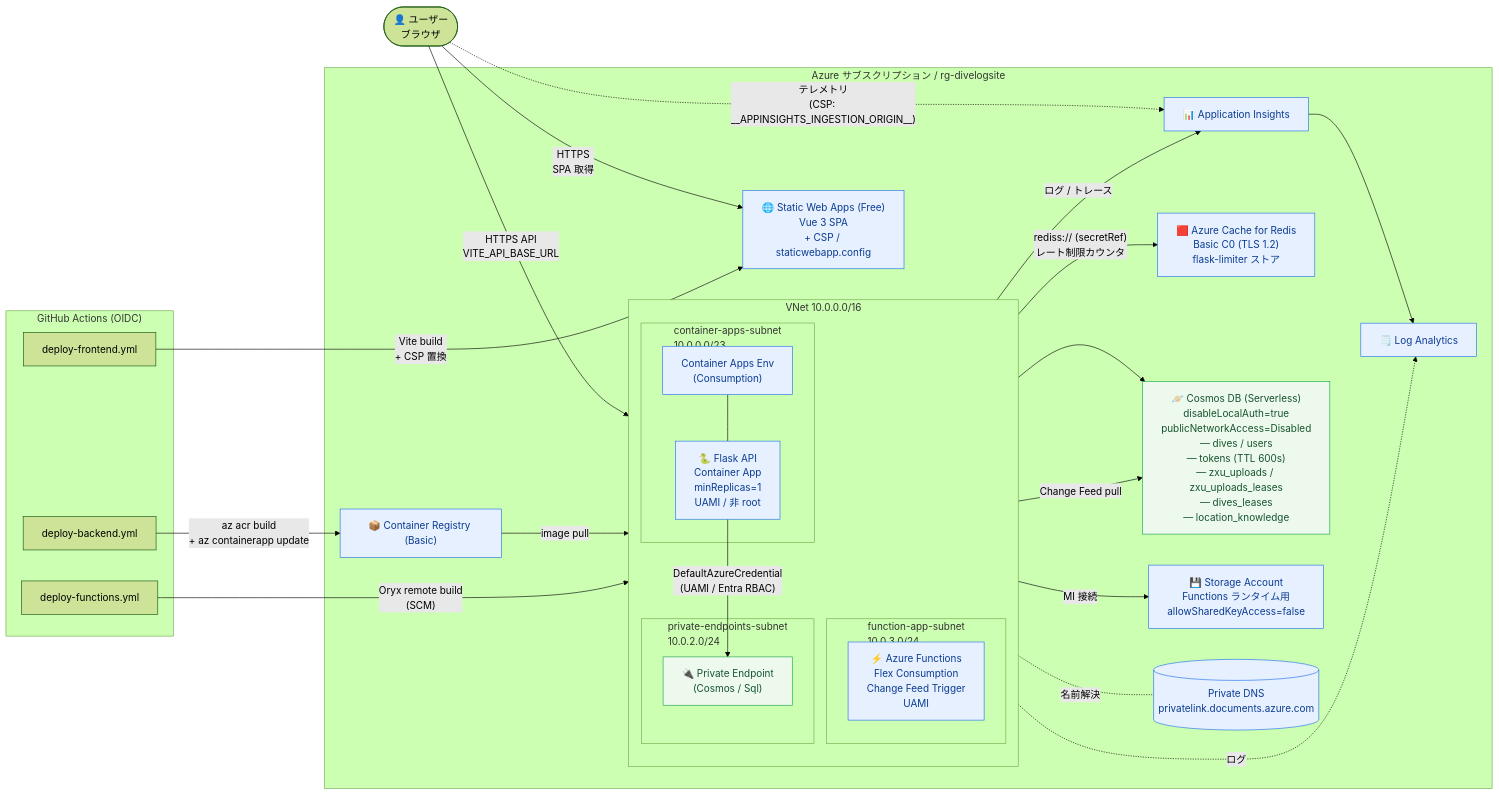
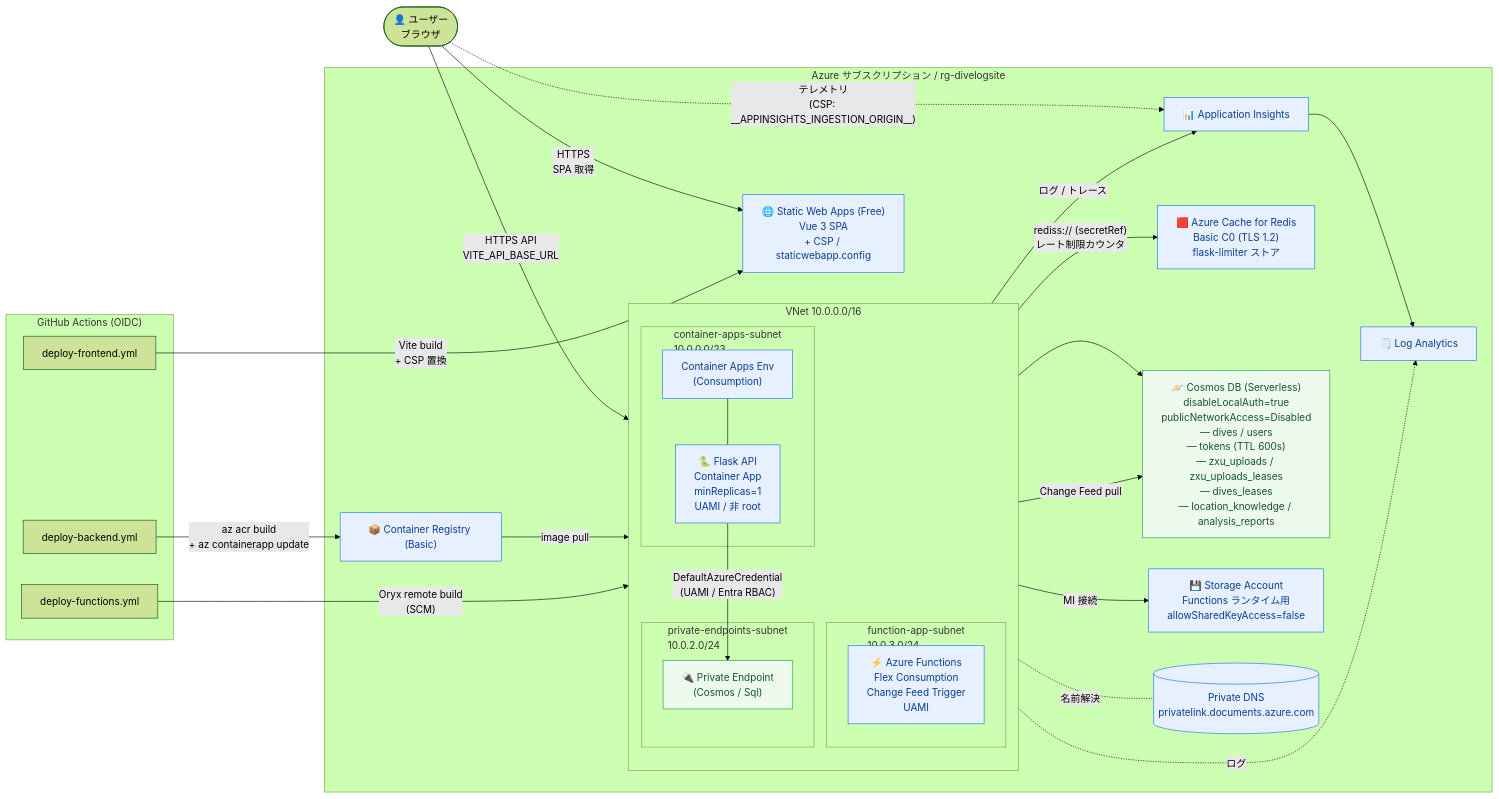
One commit to mahya8585/divelog changed the first of 4 diagrams in docs/architecture.md. Above: the diagram before and after it, drawn with Mermaid (forest theme). The commit also changed other lines of this file and 16 other files, not shown here.

````diff
--- a/docs/architecture.md
+++ b/docs/architecture.md
@@ -7,65 +7,65 @@
 ```mermaid
 flowchart LR
     User([👤 ユーザー<br/>ブラウザ])
 
     subgraph GHA["GitHub Actions (OIDC)"]
         WF_FE[deploy-frontend.yml]
         WF_BE[deploy-backend.yml]
         WF_FN[deploy-functions.yml]
     end
 
     subgraph Azure["Azure サブスクリプション / rg-divelogsite"]
         SWA["🌐 Static Web Apps (Free)<br/>Vue 3 SPA<br/>+ CSP / staticwebapp.config"]
         ACR["📦 Container Registry (Basic)"]
         AI["📊 Application Insights"]
         LAW["🗒️ Log Analytics"]
 
         subgraph VNET["VNet 10.0.0.0/16"]
             direction TB
             subgraph SUB_CA["container-apps-subnet<br/>10.0.0.0/23"]
                 CAE["Container Apps Env<br/>(Consumption)"]
                 CA["🐍 Flask API<br/>Container App<br/>minReplicas=1<br/>UAMI / 非 root"]
                 CAE --- CA
             end
             subgraph SUB_FN["function-app-subnet<br/>10.0.3.0/24"]
                 FN["⚡ Azure Functions<br/>Flex Consumption<br/>Change Feed Trigger<br/>UAMI"]
             end
             subgraph SUB_PE["private-endpoints-subnet<br/>10.0.2.0/24"]
                 PE_COS["🔌 Private Endpoint<br/>(Cosmos / Sql)"]
             end
         end
 
         REDIS["🟥 Azure Cache for Redis<br/>Basic C0 (TLS 1.2)<br/>flask-limiter ストア"]
-        COSMOS["🪐 Cosmos DB (Serverless)<br/>disableLocalAuth=true<br/>publicNetworkAccess=Disabled<br/>― dives / users<br/>― tokens (TTL 600s)<br/>― zxu_uploads / zxu_uploads_leases<br/>― dives_leases<br/>― location_knowledge"]
+        COSMOS["🪐 Cosmos DB (Serverless)<br/>disableLocalAuth=true<br/>publicNetworkAccess=Disabled<br/>― dives / users<br/>― tokens (TTL 600s)<br/>― zxu_uploads / zxu_uploads_leases<br/>― dives_leases<br/>― location_knowledge / analysis_reports"]
         ST["💾 Storage Account<br/>Functions ランタイム用<br/>allowSharedKeyAccess=false"]
         DNS[("Private DNS<br/>privatelink.documents.azure.com")]
     end
 
     %% フロー
     User -- "HTTPS<br/>SPA 取得" --> SWA
     User -- "HTTPS API<br/>VITE_API_BASE_URL" --> CA
     User -. "テレメトリ<br/>(CSP: __APPINSIGHTS_INGESTION_ORIGIN__)" .-> AI
 
     CA -- "rediss:// (secretRef)<br/>レート制限カウンタ" --> REDIS
     CA -- "DefaultAzureCredential<br/>(UAMI / Entra RBAC)" --> PE_COS
     PE_COS --> COSMOS
     PE_COS -. 名前解決 .- DNS
 
     FN -- "Change Feed pull" --> COSMOS
     FN -- "MI 接続" --> ST
     FN -- "ログ / トレース" --> AI
     AI --> LAW
     CA -. ログ .-> LAW
 
     %% CI/CD
     WF_FE -- "Vite build<br/>+ CSP 置換" --> SWA
     WF_BE -- "az acr build<br/>+ az containerapp update" --> ACR
     ACR -- "image pull" --> CA
     WF_FN -- "Oryx remote build<br/>(SCM)" --> FN
 
     classDef azure fill:#e6f0ff,stroke:#1f6feb,color:#0b3b91
     classDef secure fill:#fff5e6,stroke:#d97706,color:#7c2d12
     classDef store fill:#eef9ee,stroke:#16a34a,color:#14532d
     class SWA,ACR,AI,LAW,CAE,CA,FN,REDIS,ST,DNS azure
     class PE_COS,COSMOS store
 ```
````
